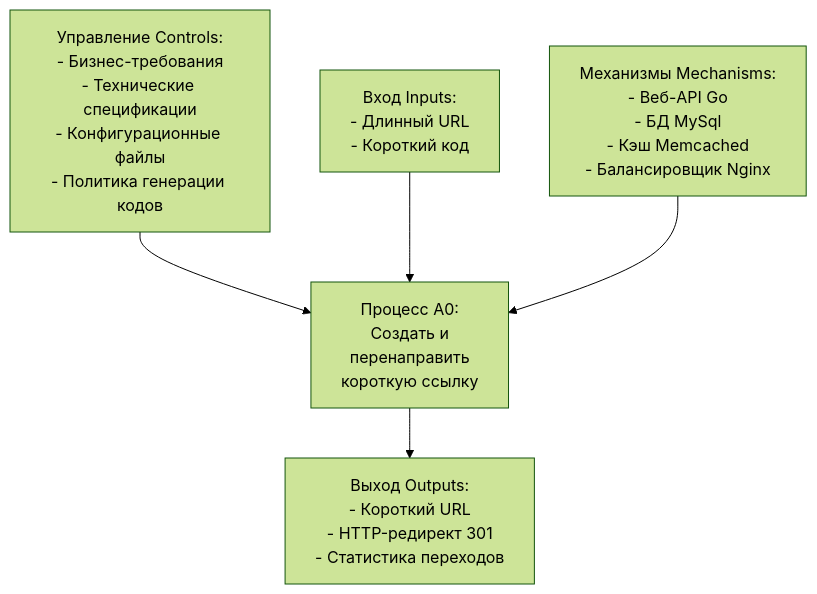
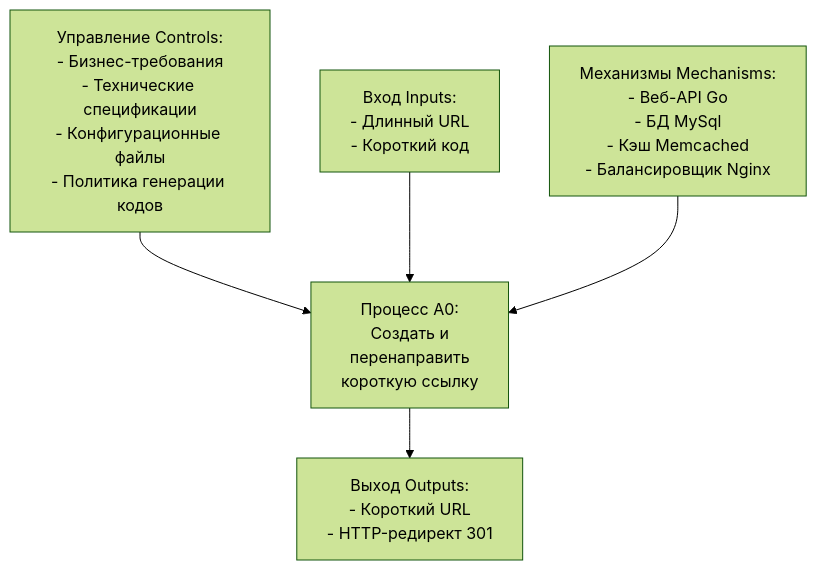
Before and after one commit to AlexanderEyzerman/proektirovanie_project: the second of 8 diagrams in Сервис сокращения ссылок.md, drawn with Mermaid (forest theme). The commit also changed other lines of this file, not shown here.

````diff
--- a/Сервис сокращения ссылок.md
+++ b/Сервис сокращения ссылок.md
@@ -69,17 +69,17 @@
 ```mermaid
 flowchart TD
     C1[Управление Controls:<br/>- Бизнес-требования<br/>- Технические спецификации<br/>- Конфигурационные файлы<br/>- Политика генерации кодов]
     
     I1[Вход Inputs:<br/>- Длинный URL<br/>- Короткий код]
     
     A0[Процесс A0:<br/>Создать и<br/>перенаправить<br/>короткую ссылку]
     
-    O1[Выход Outputs:<br/>- Короткий URL<br/>- HTTP-редирект 301<br/>- Статистика переходов]
+    O1[Выход Outputs:<br/>- Короткий URL<br/>- HTTP-редирект 301<br/>]
     
     M1[Механизмы Mechanisms:<br/>- Веб-API Go<br/>- БД MySql<br/>- Кэш Memcached<br/>- Балансировщик Nginx]
     
     C1 --> A0
     I1 --> A0
     A0 --> O1
     M1 --> A0
 ```
````
